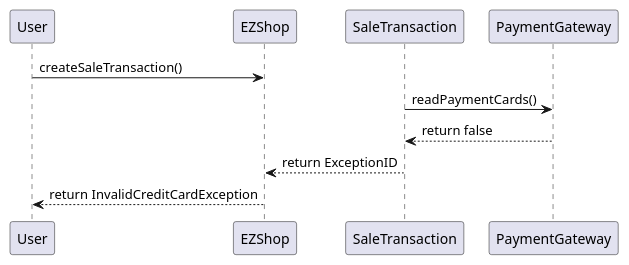
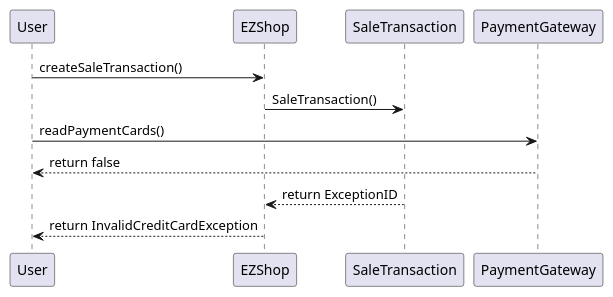
Before and after one commit to giuseppesalvi/ezshop: diagram 17 of 21 in Deliverables/DesignDocument.md, drawn with PlantUML. The commit also changed other lines of this file, not shown here.

````diff
--- a/Deliverables/DesignDocument.md
+++ b/Deliverables/DesignDocument.md
@@ -542,13 +543,14 @@
 ```plantuml
 @startuml
 participant User
 participant EZShop
 participant SaleTransaction
 participant PaymentGateway
 User -> EZShop : createSaleTransaction()
-SaleTransaction -> PaymentGateway : readPaymentCards()
-SaleTransaction <-- PaymentGateway : return false
+EZShop -> SaleTransaction : SaleTransaction()
+User -> PaymentGateway : readPaymentCards()
+User <-- PaymentGateway : return false
 EZShop <-- SaleTransaction : return ExceptionID
 User <-- EZShop : return InvalidCreditCardException
 @enduml
 ```
````
